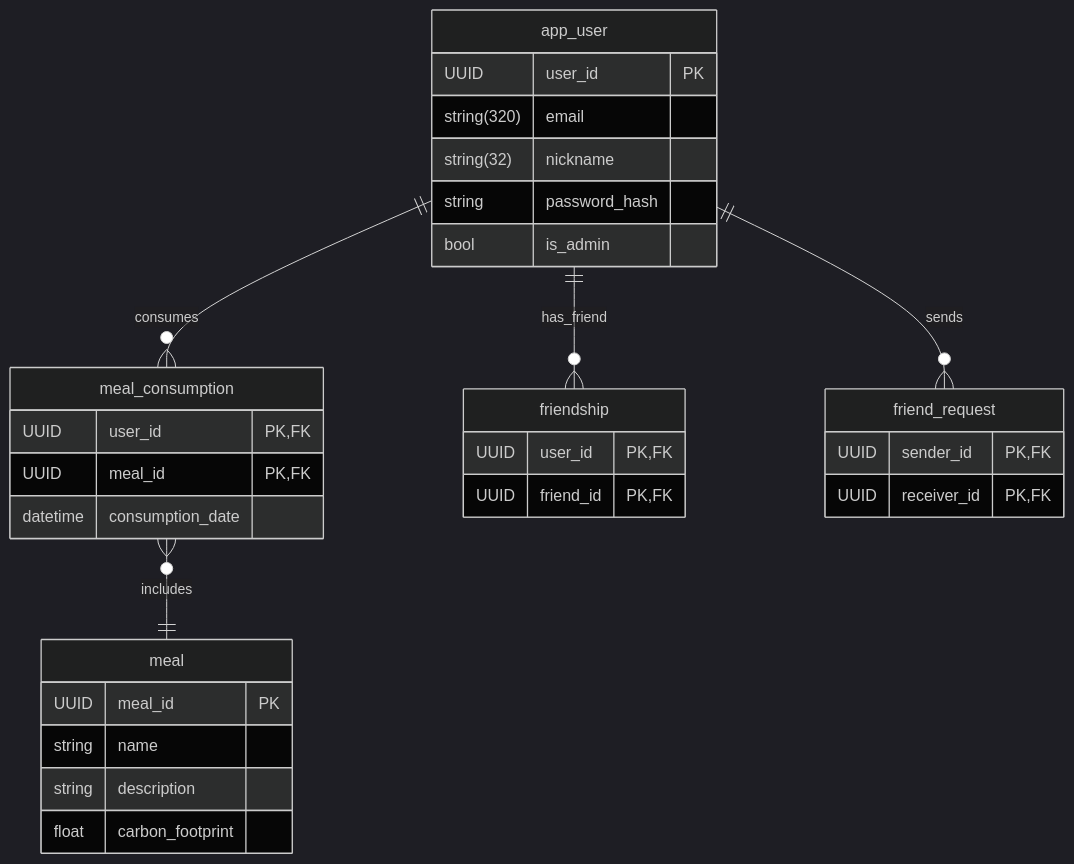
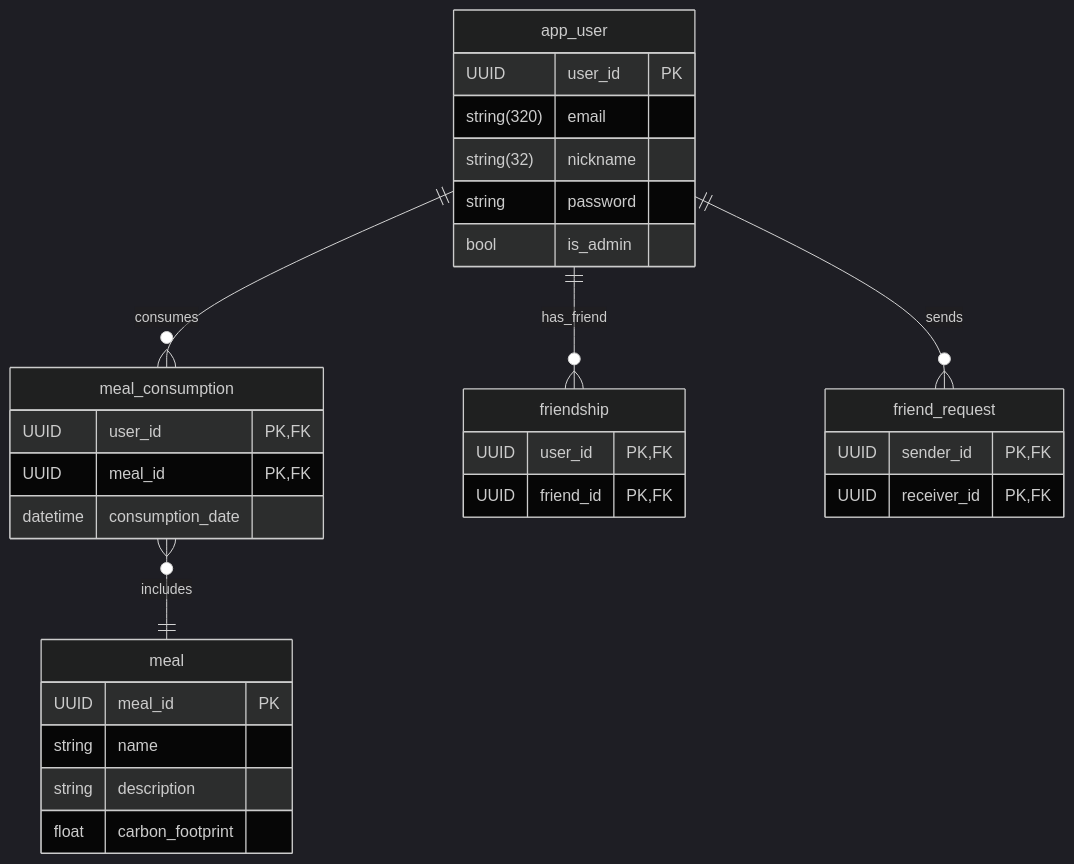
Before and after one commit to louis-marceron/web-project-ig3-back: the diagram in README.md, drawn with Mermaid (dark theme). The commit also changed other lines of this file and 16 other files, not shown here.

````diff
--- a/README.md
+++ b/README.md
@@ -33,38 +33,38 @@
 ```mermaid
 erDiagram
 app_user {
     UUID user_id PK
     string(320) email
     string(32) nickname
-    string password_hash
+    string password
     bool is_admin
 }
 
 meal {
     UUID meal_id PK
     string name
     string description
     float carbon_footprint
 }
 
 meal_consumption {
     UUID user_id PK,FK
     UUID meal_id PK,FK
     datetime consumption_date
 }
 
 friendship {
     UUID user_id PK,FK
     UUID friend_id PK,FK
 }
 
 friend_request {
     UUID sender_id PK,FK
     UUID receiver_id PK,FK
 }
 
 app_user ||--o{ friend_request : sends
 app_user ||--o{ friendship : has_friend
 app_user ||--o{ meal_consumption : consumes
 meal_consumption }o--|| meal : includes
 ```
````
